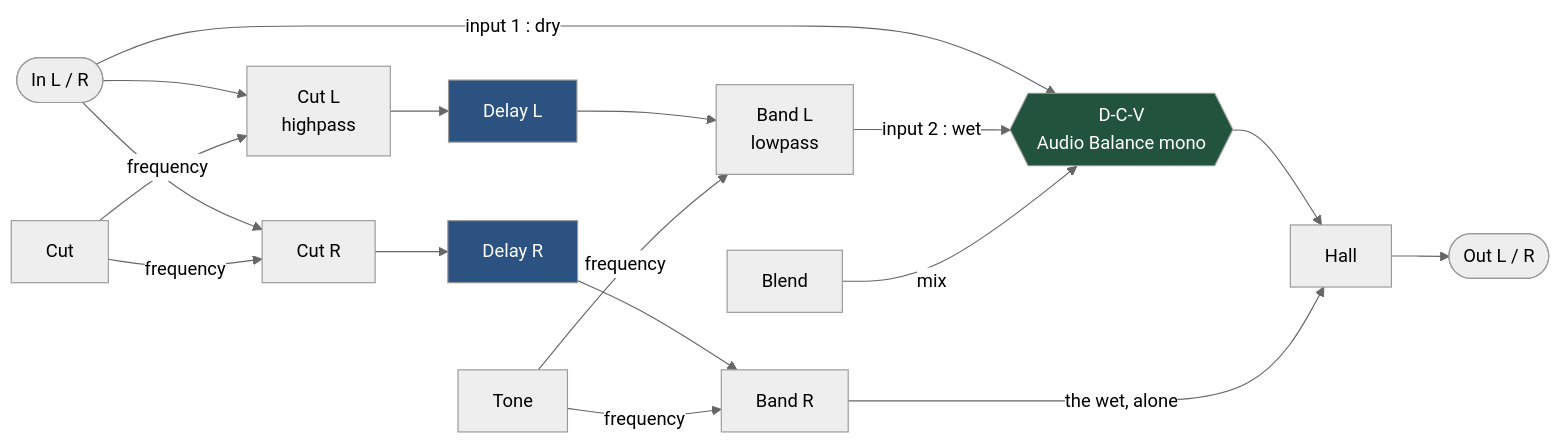
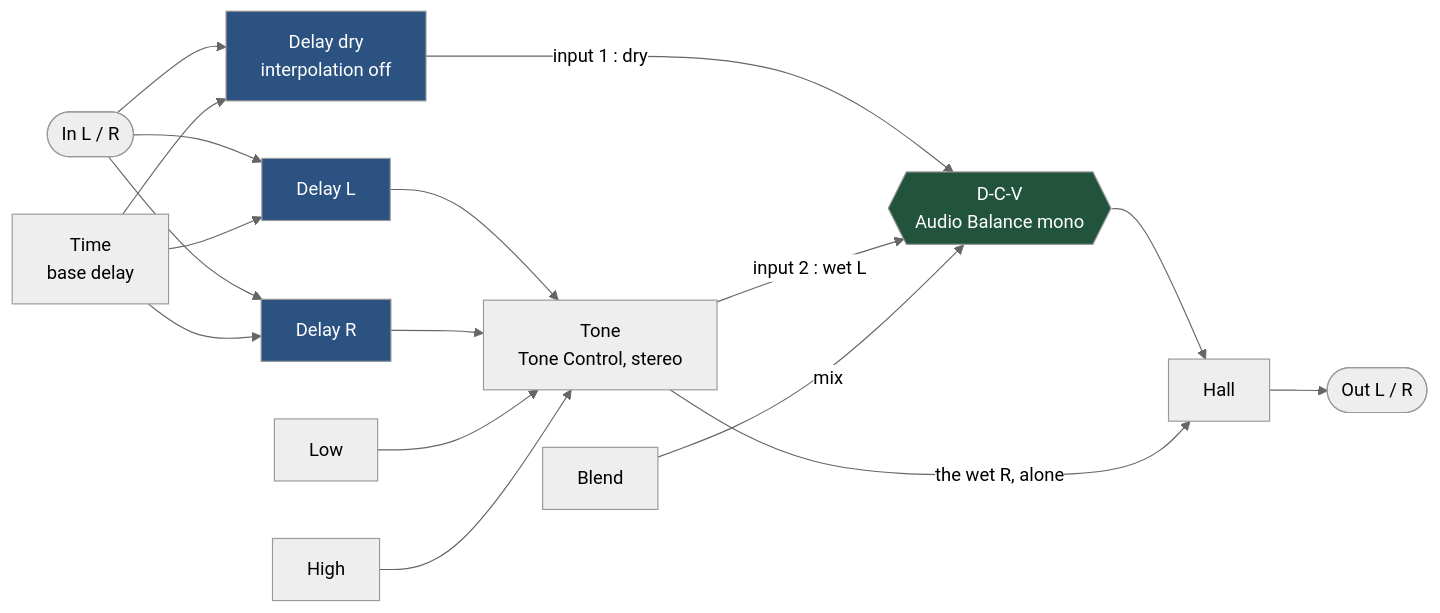
The first of 2 diagrams in patches/the-lovers/SCHEMA.md (sheoak/zoia-patchstorage), drawn with Mermaid (neutral theme) before and after one commit. The commit also changed other lines of this file and 2 other files, not shown here.

Commit message:
feat(lovers): the dry is delayed too, and the lamps say which rate
Imported from the SD.

`Delay dry` runs the dry through its own delay line at the same base `Time`,
with interpolation off so it never pitches. Dry and wet arrive together, which
is what makes every knob at zero a real bypass — the base delay stays, because a
chorus without one is a flanger.

The two lamps beside `Rate` pulse with the LFO and colour by source: peach for
the knob, aqua for tap tempo, magenta for MIDI clock.

`Cut` and `Tone` become `Low` and `High`, the two ends of one stereo Tone
Control after the delays, flat at the centre. The front page in the README was
wrong and is now the grid as built.

````diff
--- a/patches/the-lovers/SCHEMA.md
+++ b/patches/the-lovers/SCHEMA.md
@@ -10,32 +10,34 @@
 ```mermaid
 flowchart LR
     IN(["In L / R"])
-    HP_L["Cut L<br/>highpass"]
-    HP_R["Cut R"]
     DL_L["Delay L"]
     DL_R["Delay R"]
-    LP_L["Band L<br/>lowpass"]
-    LP_R["Band R"]
+    DRY["Delay dry<br/>interpolation off"]
+    TONE_M["Tone<br/>Tone Control, stereo"]
     DCV{{"D-C-V<br/>Audio Balance mono"}}
     RVB["Hall"]
     OUT(["Out L / R"])
 
-    CUT["Cut"]
-    TONE["Tone"]
+    LOW["Low"]
+    HIGH["High"]
     BLEND["Blend"]
+    TIME["Time<br/>base delay"]
 
-    IN --> HP_L --> DL_L --> LP_L
-    IN --> HP_R --> DL_R --> LP_R
-    IN -->|"input 1 : dry"| DCV
-    LP_L -->|"input 2 : wet"| DCV
+    IN --> DL_L --> TONE_M
+    IN --> DL_R --> TONE_M
+    IN --> DRY
+    DRY -->|"input 1 : dry"| DCV
+    TONE_M -->|"input 2 : wet L"| DCV
     DCV --> RVB
-    LP_R -->|"the wet, alone"| RVB
+    TONE_M -->|"the wet R, alone"| RVB
     RVB --> OUT
-    CUT -->|"frequency"| HP_L & HP_R
-    TONE -->|"frequency"| LP_L & LP_R
+    LOW --> TONE_M
+    HIGH --> TONE_M
     BLEND -->|"mix"| DCV
+    TIME --> DL_L & DL_R & DRY
 
     style DCV fill:#22543d,color:#fff
     style DL_L fill:#2c5282,color:#fff
     style DL_R fill:#2c5282,color:#fff
+    style DRY fill:#2c5282,color:#fff
 ```
````
